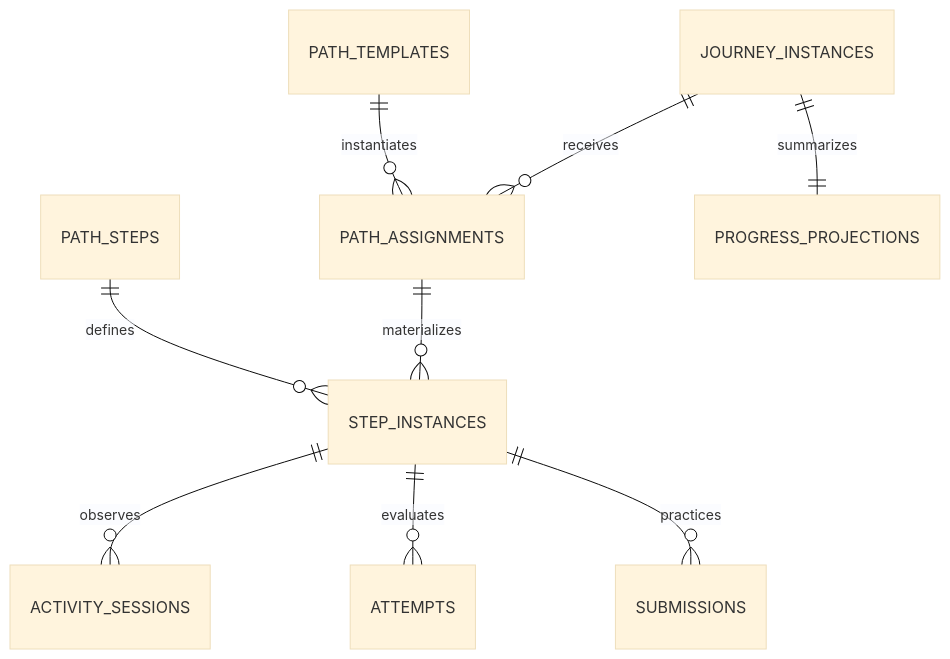
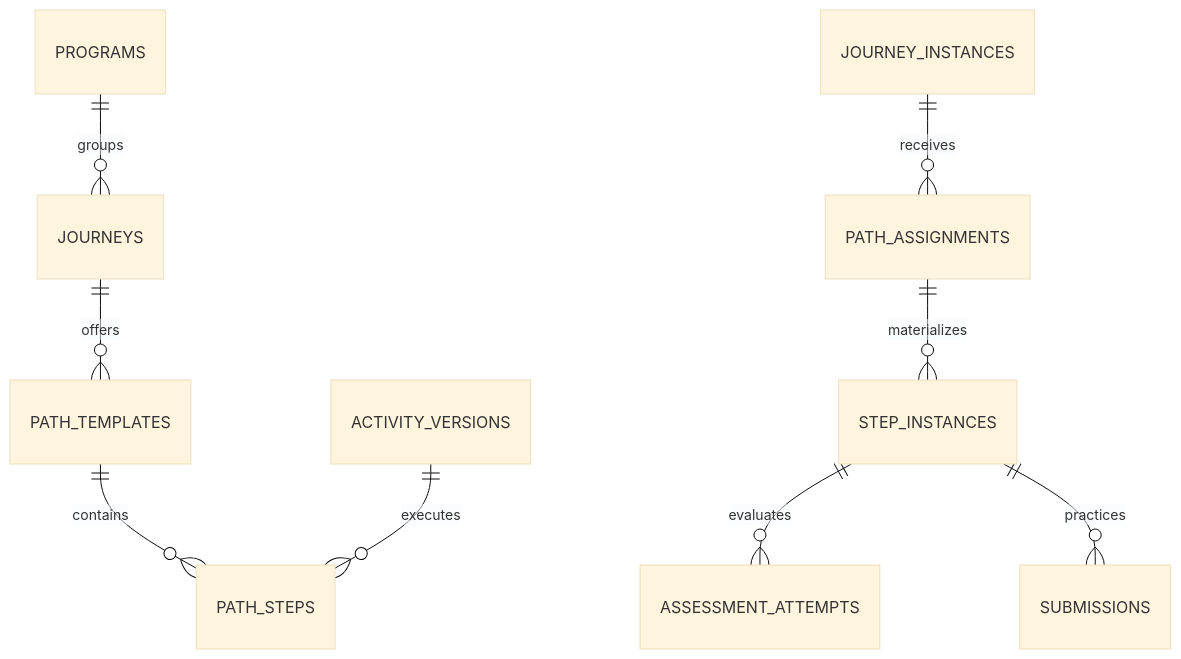
Before and after one commit to pablo-marchina/LMS-estimulo: the second of 4 diagrams in docs/data/database/DATABASE_ERD.md, drawn with Mermaid (base theme). The commit also changed other lines of this file and 13 other files, not shown here.

````diff
--- a/docs/data/database/DATABASE_ERD.md
+++ b/docs/data/database/DATABASE_ERD.md
@@ -41,11 +24,11 @@
 ```mermaid
 erDiagram
+  PROGRAMS ||--o{ JOURNEYS : groups
+  JOURNEYS ||--o{ PATH_TEMPLATES : offers
+  PATH_TEMPLATES ||--o{ PATH_STEPS : contains
+  ACTIVITY_VERSIONS ||--o{ PATH_STEPS : executes
   JOURNEY_INSTANCES ||--o{ PATH_ASSIGNMENTS : receives
-  PATH_TEMPLATES ||--o{ PATH_ASSIGNMENTS : instantiates
   PATH_ASSIGNMENTS ||--o{ STEP_INSTANCES : materializes
-  PATH_STEPS ||--o{ STEP_INSTANCES : defines
-  STEP_INSTANCES ||--o{ ACTIVITY_SESSIONS : observes
-  STEP_INSTANCES ||--o{ ATTEMPTS : evaluates
+  STEP_INSTANCES ||--o{ ASSESSMENT_ATTEMPTS : evaluates
   STEP_INSTANCES ||--o{ SUBMISSIONS : practices
-  JOURNEY_INSTANCES ||--|| PROGRESS_PROJECTIONS : summarizes
 ```
````
